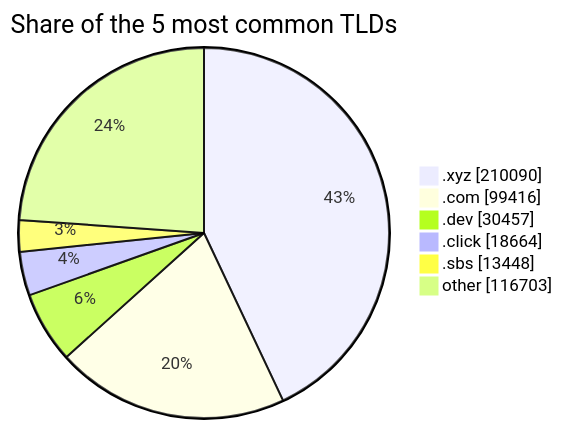
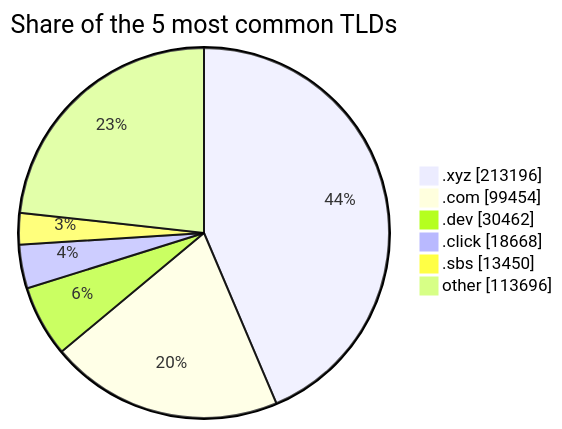
Before and after one commit to DNSBunker/CTI: the third of 3 diagrams in README.md, drawn with Mermaid. The commit also changed other lines of this file and 3 other files, not shown here.

````diff
--- a/README.md
+++ b/README.md
@@ -81,9 +81,9 @@
 ```mermaid
 pie showData title Share of the 5 most common TLDs
-    ".xyz" : 210090
-    ".com" : 99416
-    ".dev" : 30457
-    ".click" : 18664
-    ".sbs" : 13448
-    "other" : 116703
+    ".xyz" : 213196
+    ".com" : 99454
+    ".dev" : 30462
+    ".click" : 18668
+    ".sbs" : 13450
+    "other" : 113696
 ```
````
